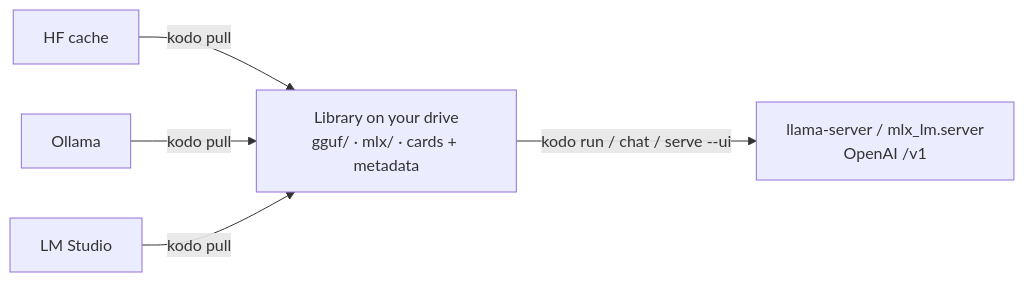
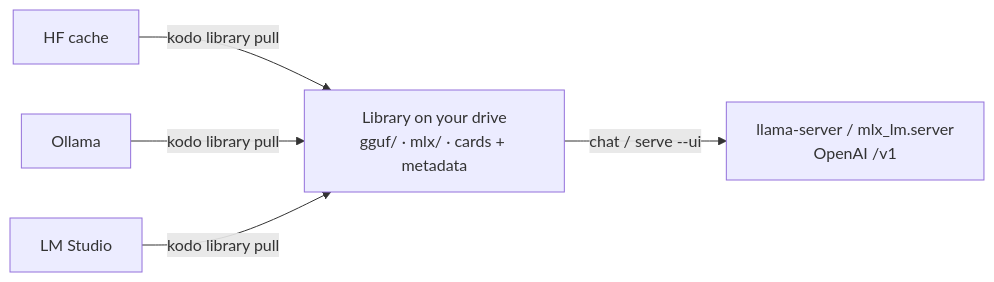
One commit to winterop-com/stabbur changed the diagram in docs/index.md. Above: the diagram before and after it, drawn with Mermaid. The commit also changed other lines of this file and 14 other files, not shown here.

First line of the commit message:
refactor(cli)!: group commands (library, audio, project); drop run

````diff
--- a/docs/index.md
+++ b/docs/index.md
@@ -10,7 +10,7 @@
 ```mermaid
 flowchart LR
-    hf["HF cache"] -->|kodo pull| lib
-    ol["Ollama"] -->|kodo pull| lib
-    ls["LM Studio"] -->|kodo pull| lib
-    lib["Library on your drive<br/>gguf/ · mlx/ · cards + metadata"] -->|kodo run / chat / serve --ui| rt["llama-server / mlx_lm.server<br/>OpenAI /v1 "]
+    hf["HF cache"] -->|kodo library pull| lib
+    ol["Ollama"] -->|kodo library pull| lib
+    ls["LM Studio"] -->|kodo library pull| lib
+    lib["Library on your drive<br/>gguf/ · mlx/ · cards + metadata"] -->|chat / serve --ui| rt["llama-server / mlx_lm.server<br/>OpenAI /v1 "]
 ```
````
